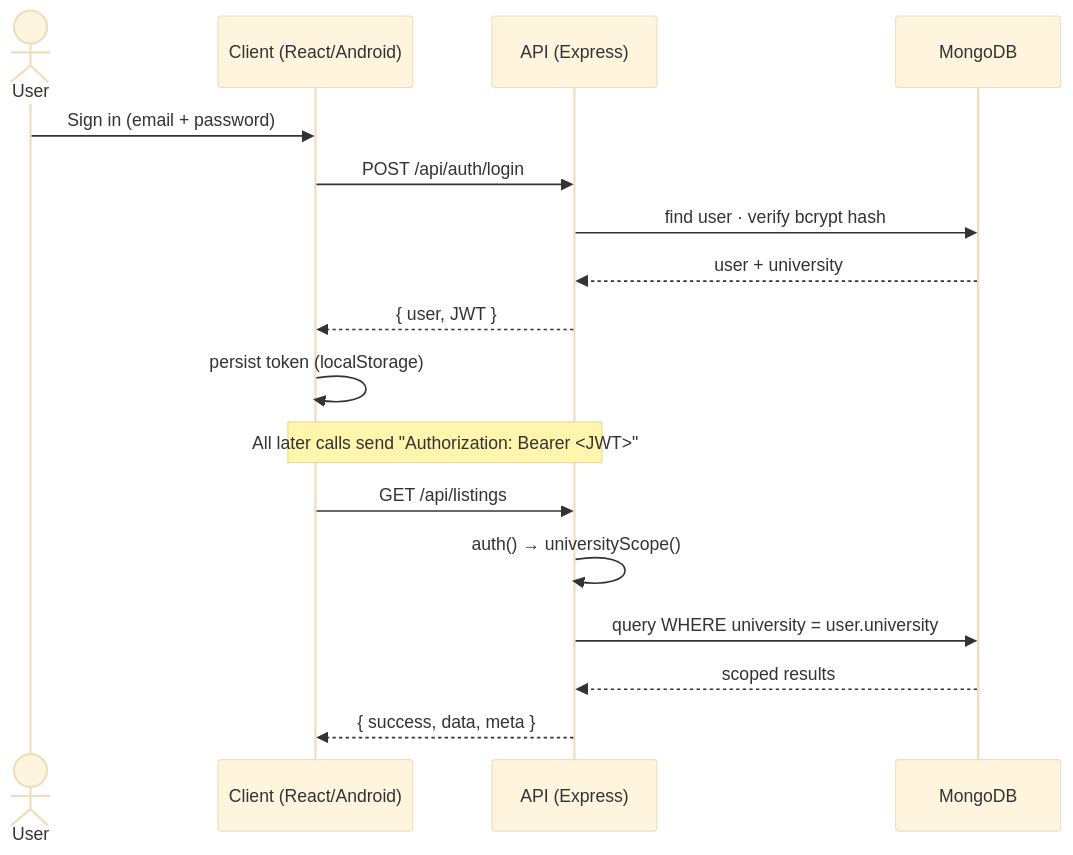
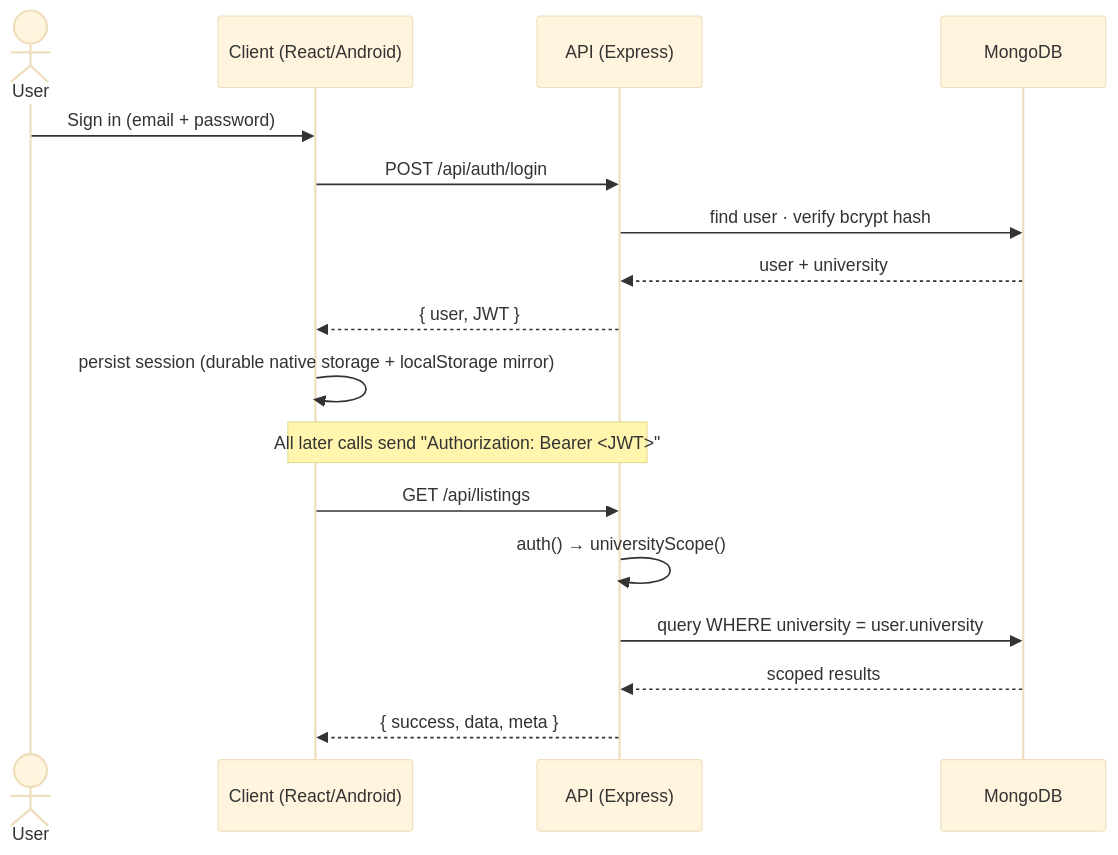
Before and after one commit to Priyansh-Mathur/Manit-Hub: the second of 3 diagrams in README.md, drawn with Mermaid (base theme). The commit also changed other lines of this file and 2 other files, not shown here.

````diff
--- a/README.md
+++ b/README.md
@@ -240,21 +240,21 @@
 ```mermaid
 sequenceDiagram
   actor U as User
   participant C as Client (React/Android)
   participant A as API (Express)
   participant M as MongoDB
 
   U->>C: Sign in (email + password)
   C->>A: POST /api/auth/login
   A->>M: find user · verify bcrypt hash
   M-->>A: user + university
   A-->>C: { user, JWT }
-  C->>C: persist token (localStorage)
+  C->>C: persist session (durable native storage + localStorage mirror)
 
   Note over C,A: All later calls send "Authorization: Bearer <JWT>"
   C->>A: GET /api/listings
   A->>A: auth() → universityScope()
   A->>M: query WHERE university = user.university
   M-->>A: scoped results
   A-->>C: { success, data, meta }
 ```
````
